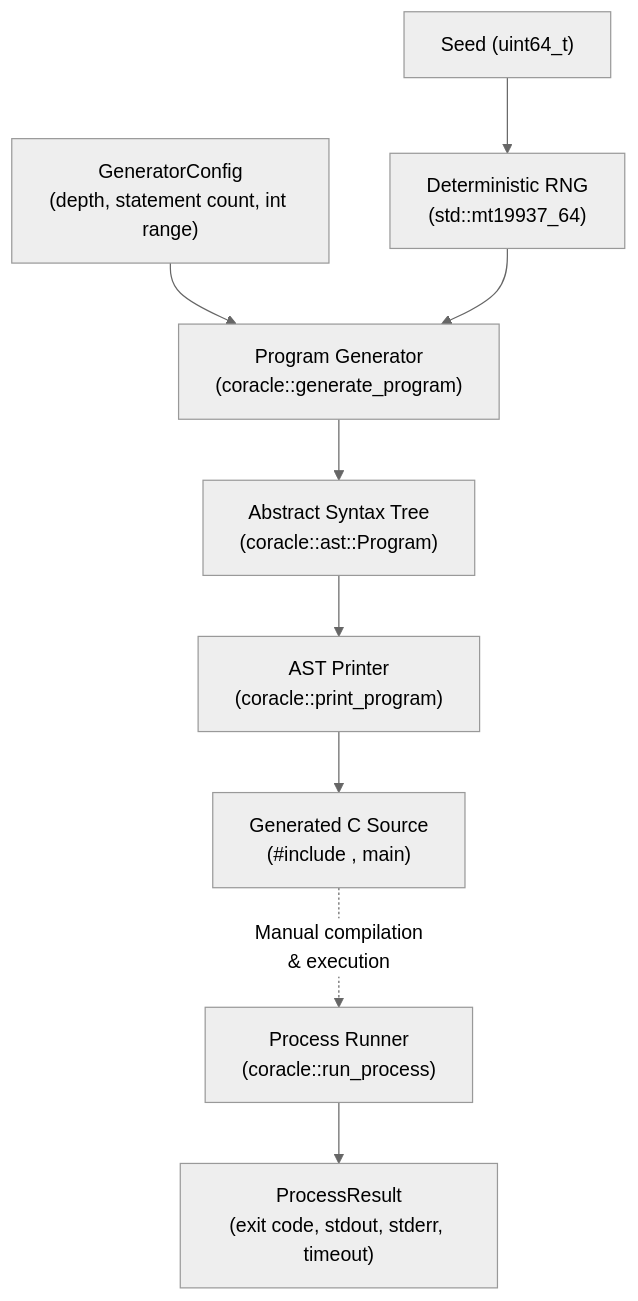
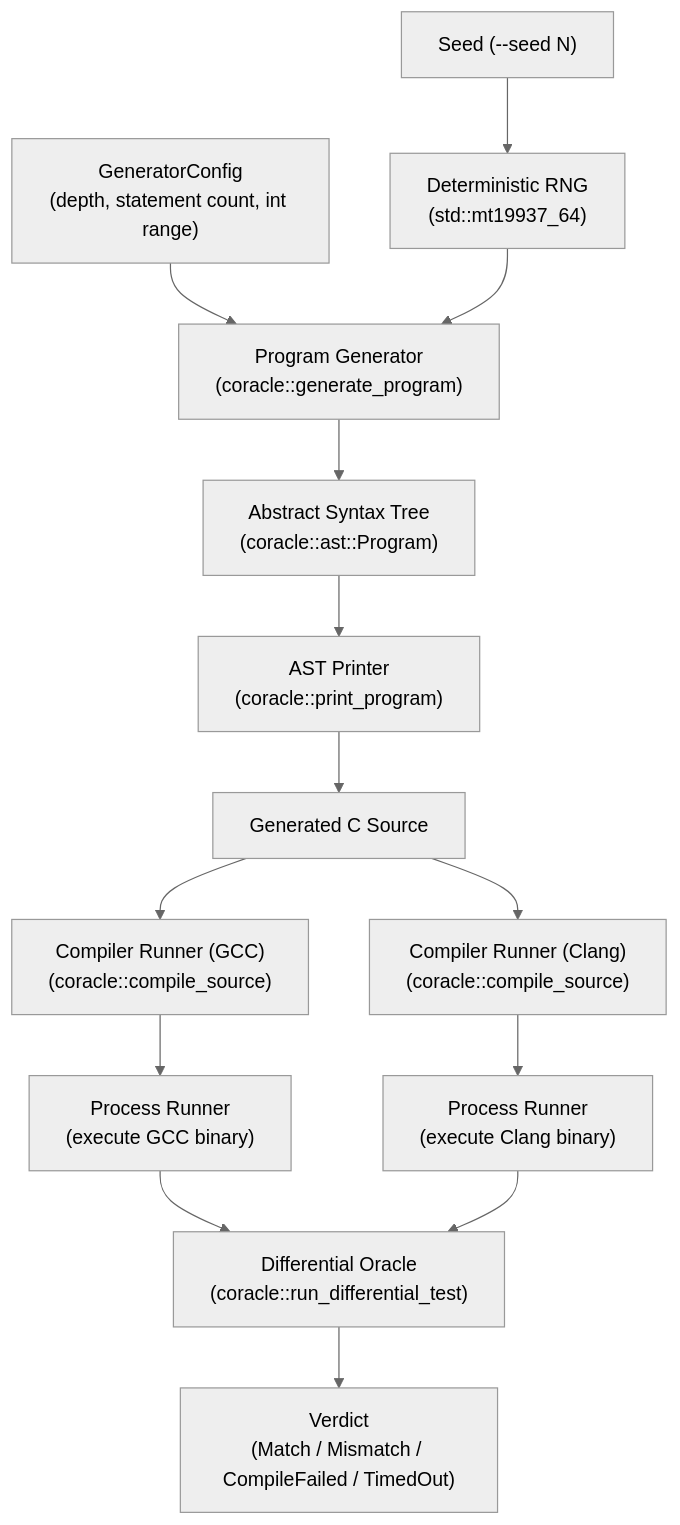
One commit to slash-init/COracle changed the first of 2 diagrams in README.md. Above: the diagram before and after it, drawn with Mermaid (neutral theme). The commit also changed other lines of this file, not shown here.

Commit message:
docs: update README with compiler runner, differential oracle, and CLI

````diff
--- a/README.md
+++ b/README.md
@@ -60,11 +61,16 @@
 ```mermaid
 flowchart TD
-    Seed["Seed (uint64_t)"] --> RNG["Deterministic RNG\n(std::mt19937_64)"]
+    Seed["Seed (--seed N)"] --> RNG["Deterministic RNG\n(std::mt19937_64)"]
     Config["GeneratorConfig\n(depth, statement count, int range)"] --> Gen["Program Generator\n(coracle::generate_program)"]
     RNG --> Gen
     Gen --> AST["Abstract Syntax Tree\n(coracle::ast::Program)"]
     AST --> Printer["AST Printer\n(coracle::print_program)"]
-    Printer --> CSource["Generated C Source\n(#include <stdio.h>, main)"]
-    CSource -.->|"Manual compilation\n& execution"| Runner["Process Runner\n(coracle::run_process)"]
-    Runner --> Result["ProcessResult\n(exit code, stdout, stderr, timeout)"]
+    Printer --> CSource["Generated C Source"]
+    CSource --> GCC["Compiler Runner (GCC)\n(coracle::compile_source)"]
+    CSource --> Clang["Compiler Runner (Clang)\n(coracle::compile_source)"]
+    GCC --> RunGCC["Process Runner\n(execute GCC binary)"]
+    Clang --> RunClang["Process Runner\n(execute Clang binary)"]
+    RunGCC --> Oracle["Differential Oracle\n(coracle::run_differential_test)"]
+    RunClang --> Oracle
+    Oracle --> Verdict["Verdict\n(Match / Mismatch / CompileFailed / TimedOut)"]
 ```
````
